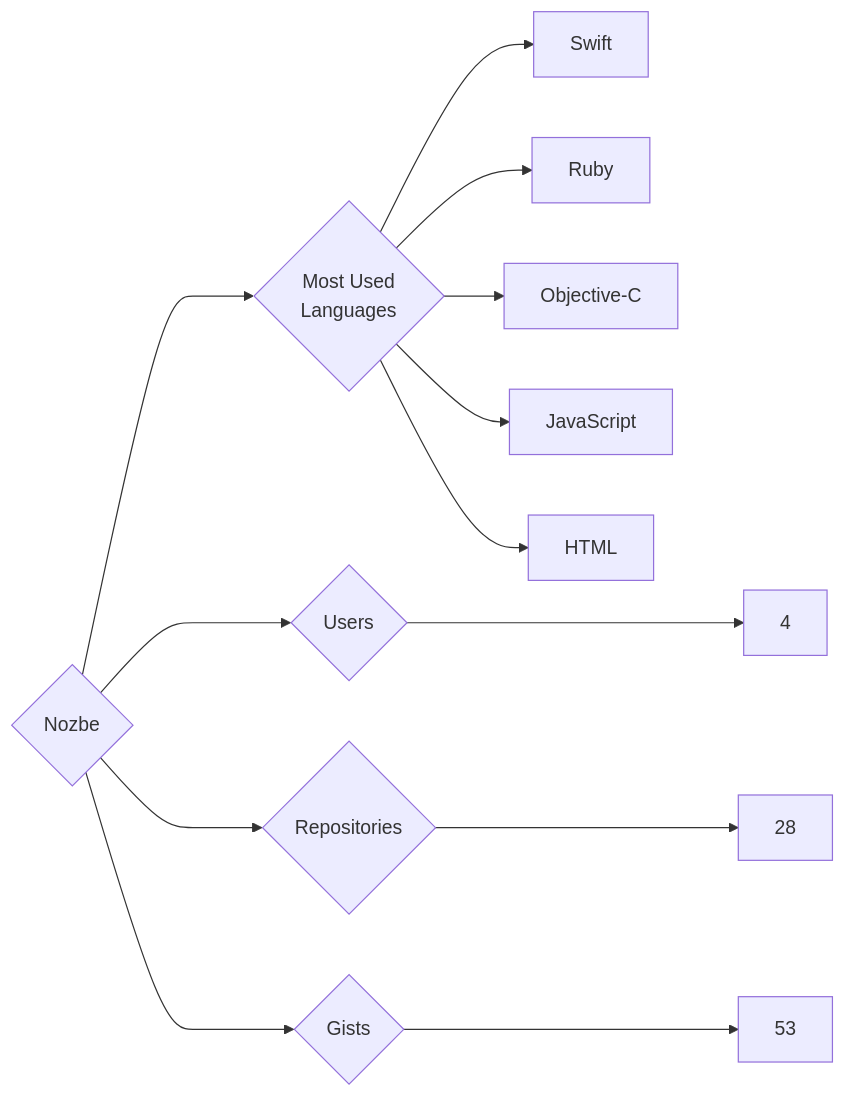
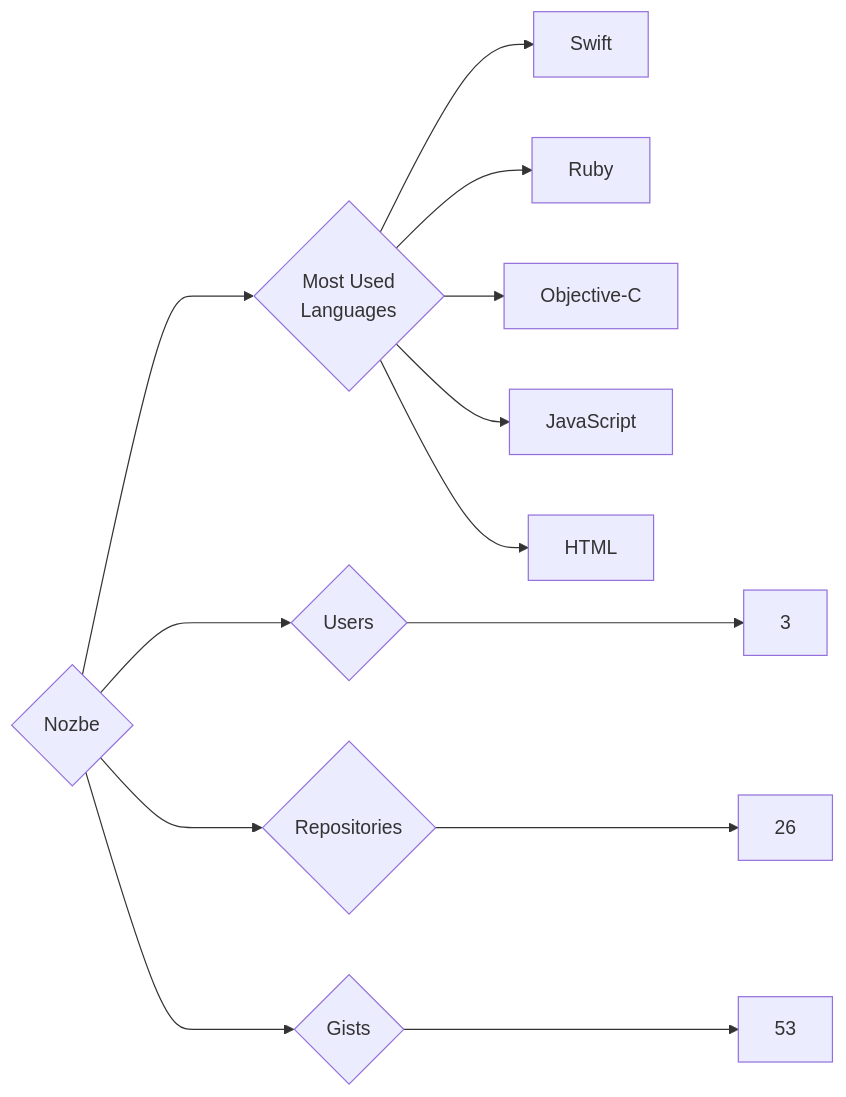
Before and after one commit to trickest/insiders: the diagram in targets/Nozbe/README.md, drawn with Mermaid. The commit also changed 939 other files, not shown here.

````diff
--- a/targets/Nozbe/README.md
+++ b/targets/Nozbe/README.md
@@ -3,13 +3,13 @@
 ```mermaid
 graph LR
 COMPANY_NAME{Nozbe}
-COMPANY_NAME ---> U{Users} ---> UN[4]
-COMPANY_NAME ---> R{Repositories} ---> RN[28]
+COMPANY_NAME ---> U{Users} ---> UN[3]
+COMPANY_NAME ---> R{Repositories} ---> RN[26]
 COMPANY_NAME ---> G{Gists} ---> GN[53]
 COMPANY_NAME ---> ML{Most Used<br>Languages}
 ML --> Swift[Swift]
 ML --> Ruby[Ruby]
 ML --> Objective-C[Objective-C]
 ML --> JavaScript[JavaScript]
 ML --> HTML[HTML]
 ```
````
